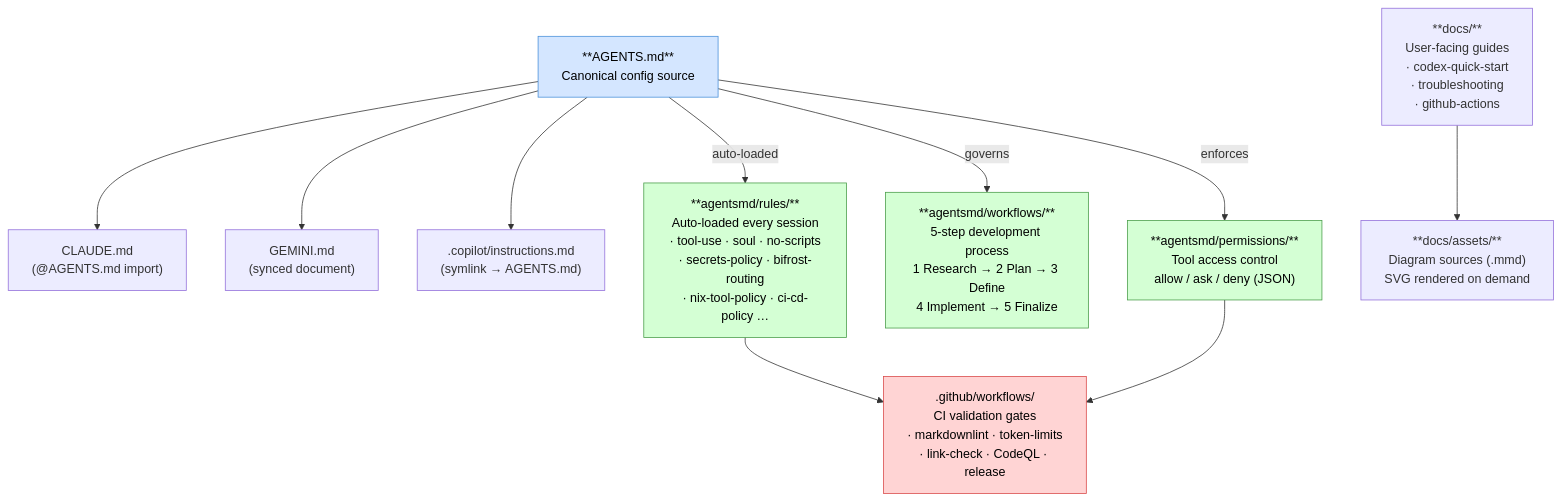
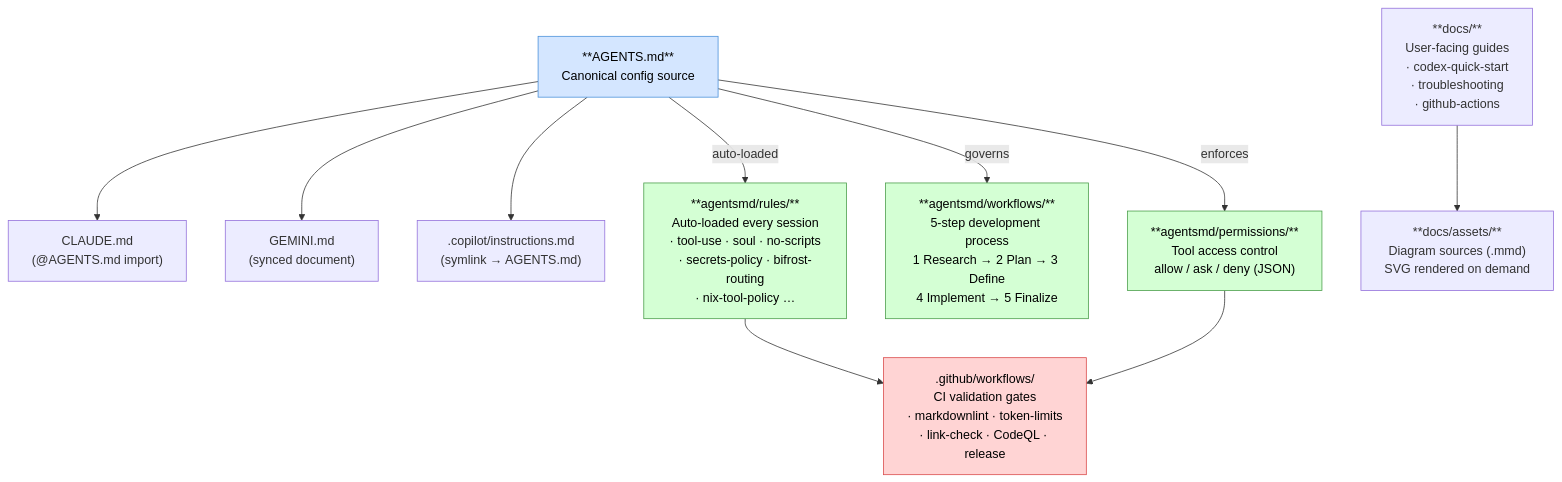
One commit to dryvist/ai-assistant-instructions changed the second of 3 diagrams in docs/diagrams.md. Above: the diagram before and after it, drawn with Mermaid.

Commit message:
fix(docs): shorten Rules mermaid label to fix MD013 line-length
docs/diagrams.md:49 was 163 chars (over the 160 markdownlint limit). Trim the
trailing rule examples (· ci-cd-policy …) so the line fits while still
conveying the Rules directory's purpose.

````diff
--- a/docs/diagrams.md
+++ b/docs/diagrams.md
@@ -42,32 +42,32 @@
 ```mermaid
 graph TD
     AGENTS["**AGENTS.md**\nCanonical config source"]
     CLAUDE["CLAUDE.md\n(@AGENTS.md import)"]
     GEMINI["GEMINI.md\n(synced document)"]
     COPILOT[".copilot/instructions.md\n(symlink → AGENTS.md)"]
 
-    Rules["**agentsmd/rules/**\nAuto-loaded every session\n· tool-use · soul · no-scripts\n· secrets-policy · bifrost-routing\n· nix-tool-policy · ci-cd-policy …"]
+    Rules["**agentsmd/rules/**\nAuto-loaded every session\n· tool-use · soul · no-scripts\n· secrets-policy · bifrost-routing\n· nix-tool-policy …"]
     Workflows["**agentsmd/workflows/**\n5-step development process\n1 Research → 2 Plan → 3 Define\n4 Implement → 5 Finalize"]
     Permissions["**agentsmd/permissions/**\nTool access control\nallow / ask / deny (JSON)"]
 
     Docs["**docs/**\nUser-facing guides\n· codex-quick-start\n· troubleshooting\n· github-actions"]
     Assets["**docs/assets/**\nDiagram sources (.mmd)\nSVG rendered on demand"]
 
     CI[".github/workflows/\nCI validation gates\n· markdownlint · token-limits\n· link-check · CodeQL · release"]
 
     AGENTS --> CLAUDE
     AGENTS --> GEMINI
     AGENTS --> COPILOT
     AGENTS -->|"auto-loaded"| Rules
     AGENTS -->|"governs"| Workflows
     AGENTS -->|"enforces"| Permissions
     Rules --> CI
     Permissions --> CI
     Docs --> Assets
 
     style AGENTS fill:#d4e6ff,stroke:#4a90d9,color:#000
     style Rules fill:#d4ffd4,stroke:#4a9d4a,color:#000
     style Workflows fill:#d4ffd4,stroke:#4a9d4a,color:#000
     style Permissions fill:#d4ffd4,stroke:#4a9d4a,color:#000
     style CI fill:#ffd4d4,stroke:#d94a4a,color:#000
 ```
````
